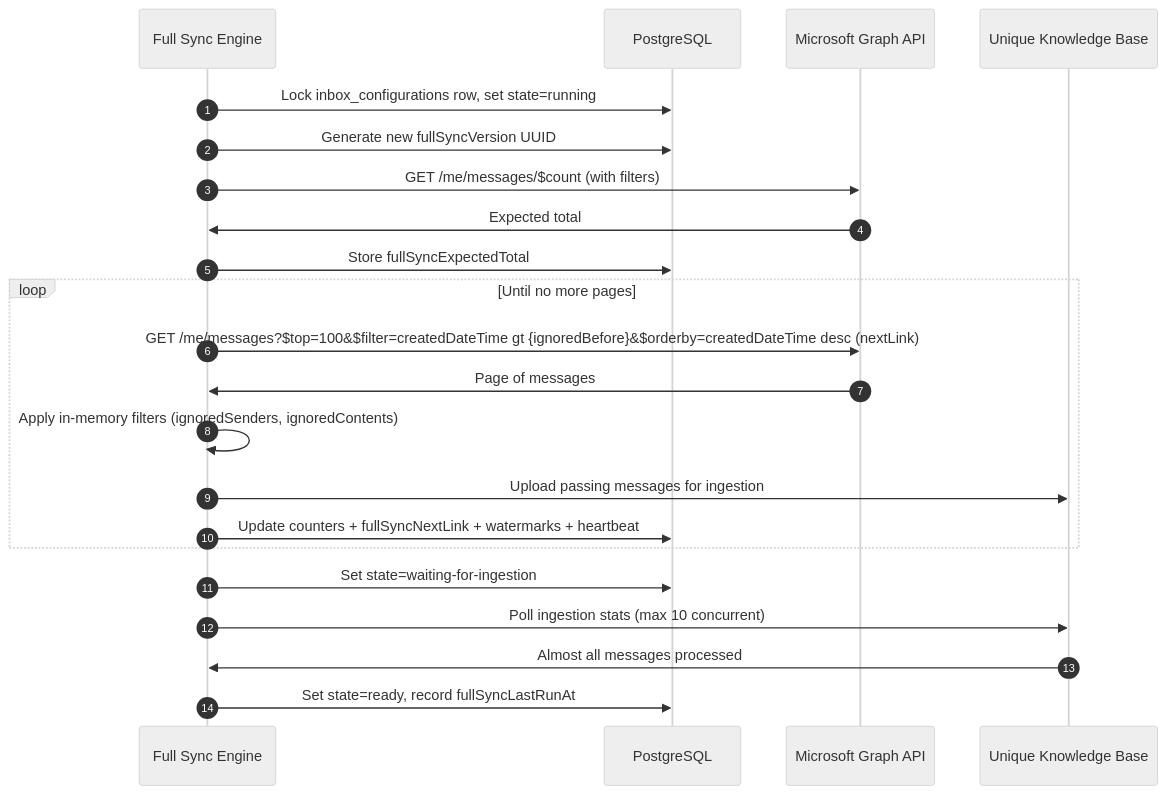
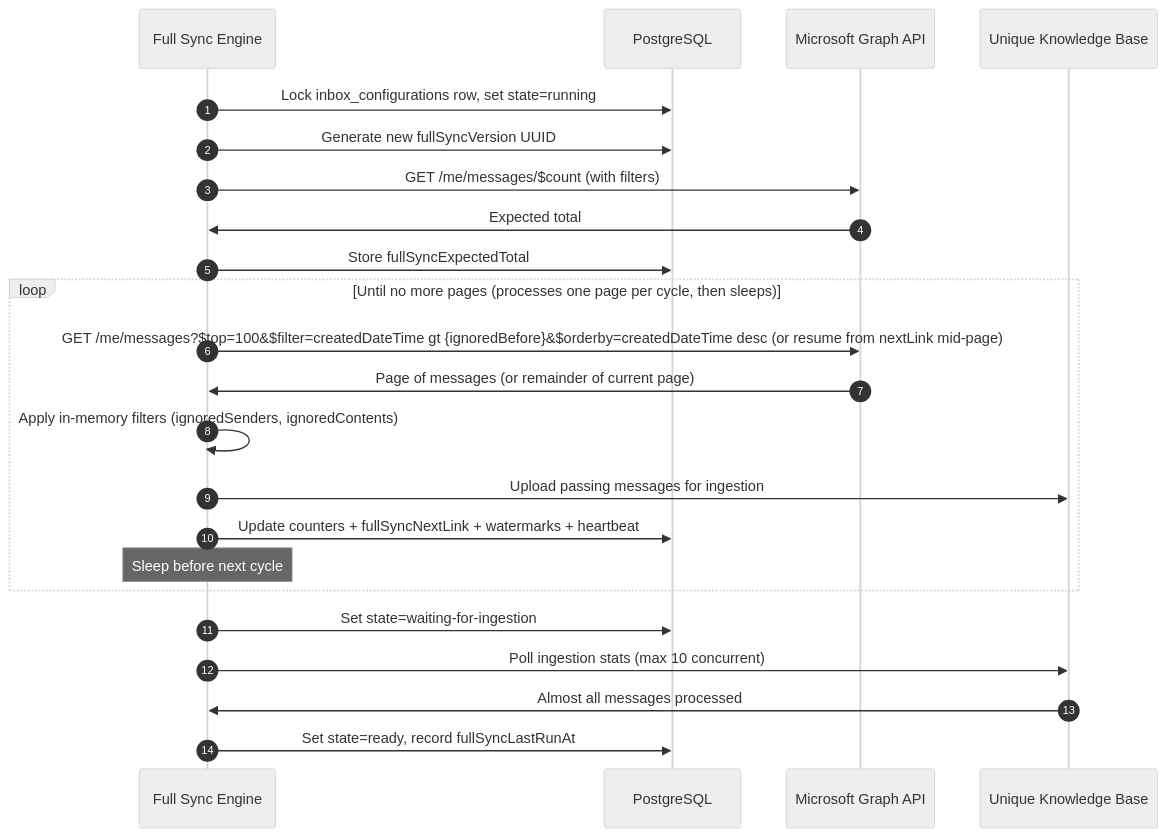
The second of 2 diagrams in services/outlook-semantic-mcp/docs/technical/full-sync.md (Unique-AG/connectors), drawn with Mermaid before and after one commit.

````diff
--- a/services/outlook-semantic-mcp/docs/technical/full-sync.md
+++ b/services/outlook-semantic-mcp/docs/technical/full-sync.md
@@ -66,28 +66,29 @@
 ```mermaid
 %%{init: {'theme': 'neutral', 'themeVariables': { 'fontSize': '14px' }}}%%
 sequenceDiagram
     autonumber
     participant FullSync as Full Sync Engine
     participant DB as PostgreSQL
     participant MSGraph as Microsoft Graph API
     participant UniqueKB as Unique Knowledge Base
 
     FullSync->>DB: Lock inbox_configurations row, set state=running
     FullSync->>DB: Generate new fullSyncVersion UUID
     FullSync->>MSGraph: GET /me/messages/$count (with filters)
     MSGraph->>FullSync: Expected total
     FullSync->>DB: Store fullSyncExpectedTotal
 
-    loop Until no more pages
-        FullSync->>MSGraph: GET /me/messages?$top=100&$filter=createdDateTime gt {ignoredBefore}&$orderby=createdDateTime desc (nextLink)
-        MSGraph->>FullSync: Page of messages
+    loop Until no more pages (processes one page per cycle, then sleeps)
+        FullSync->>MSGraph: GET /me/messages?$top=100&$filter=createdDateTime gt {ignoredBefore}&$orderby=createdDateTime desc (or resume from nextLink mid-page)
+        MSGraph->>FullSync: Page of messages (or remainder of current page)
         FullSync->>FullSync: Apply in-memory filters (ignoredSenders, ignoredContents)
         FullSync->>UniqueKB: Upload passing messages for ingestion
         FullSync->>DB: Update counters + fullSyncNextLink + watermarks + heartbeat
+        Note over FullSync: Sleep before next cycle
     end
 
     FullSync->>DB: Set state=waiting-for-ingestion
     FullSync->>UniqueKB: Poll ingestion stats (max 10 concurrent)
     UniqueKB->>FullSync: Almost all messages processed
     FullSync->>DB: Set state=ready, record fullSyncLastRunAt
 ```
````
